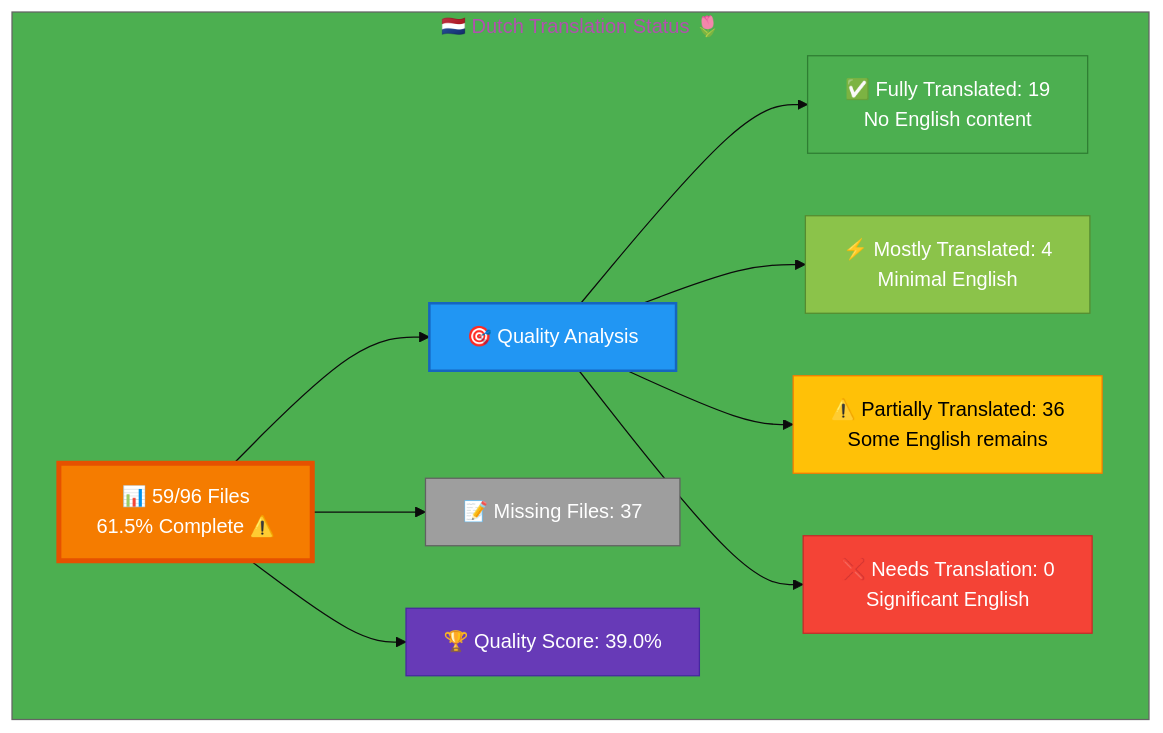
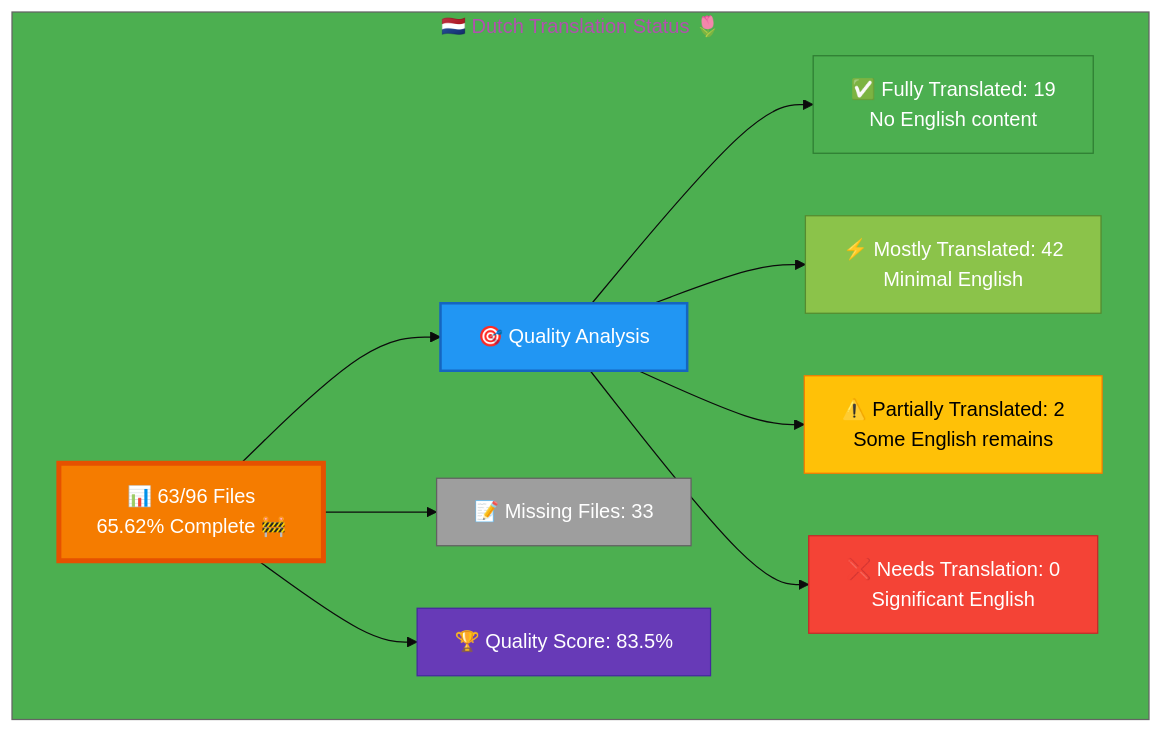
One commit to Hack23/homepage changed the diagram in Dutch-Translation-Status.md. Above: the diagram before and after it, drawn with Mermaid. The commit also changed other lines of this file and 9 other files, not shown here.

````diff
--- a/Dutch-Translation-Status.md
+++ b/Dutch-Translation-Status.md
@@ -12,26 +12,26 @@
 ```mermaid
 %%{init: {'theme':'base', 'themeVariables': {'primaryColor':'#F57C00','secondaryColor':'#2196F3','tertiaryColor':'#4CAF50','fontSize':'16px'}}}%%
 graph TB
     subgraph "🇳🇱 Dutch Translation Status 🌷"
-        A["📊 59/96 Files<br/>61.5% Complete ⚠️"]
+        A["📊 63/96 Files<br/>65.62% Complete 🚧"]
         
         A --> B["🎯 Quality Analysis"]
         B --> C["✅ Fully Translated: 19<br/>No English content"]
-        B --> D["⚡ Mostly Translated: 4<br/>Minimal English"]
-        B --> E["⚠️  Partially Translated: 36<br/>Some English remains"]
+        B --> D["⚡ Mostly Translated: 42<br/>Minimal English"]
+        B --> E["⚠️  Partially Translated: 2<br/>Some English remains"]
         B --> F["❌ Needs Translation: 0<br/>Significant English"]
         
-        A --> G["📝 Missing Files: 37"]
+        A --> G["📝 Missing Files: 33"]
         
-        A --> H["🏆 Quality Score: 39.0%"]
+        A --> H["🏆 Quality Score: 83.5%"]
         
         style A fill:#F57C00,stroke:#E65100,color:#fff,stroke-width:4px
         style B fill:#2196F3,stroke:#1565C0,color:#fff,stroke-width:2px
         style C fill:#4CAF50,stroke:#2E7D32,color:#fff
         style D fill:#8BC34A,stroke:#558B2F,color:#fff
         style E fill:#FFC107,stroke:#F57C00,color:#000
         style F fill:#F44336,stroke:#C62828,color:#fff
         style G fill:#9E9E9E,stroke:#616161,color:#fff
         style H fill:#673AB7,stroke:#4527A0,color:#fff
     end
 ```
````
